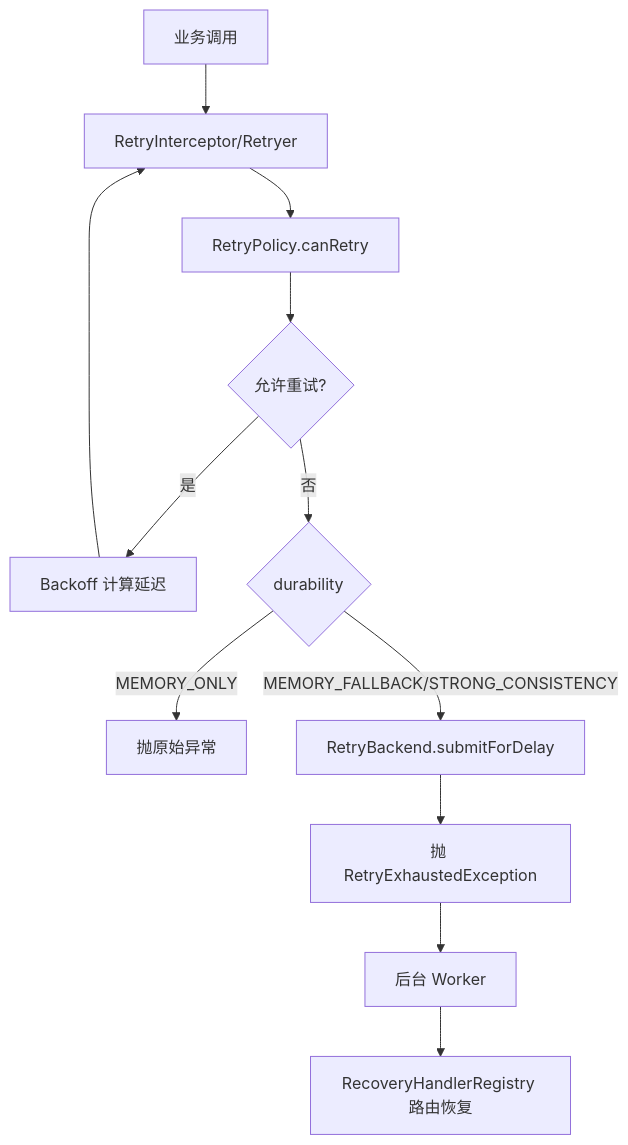
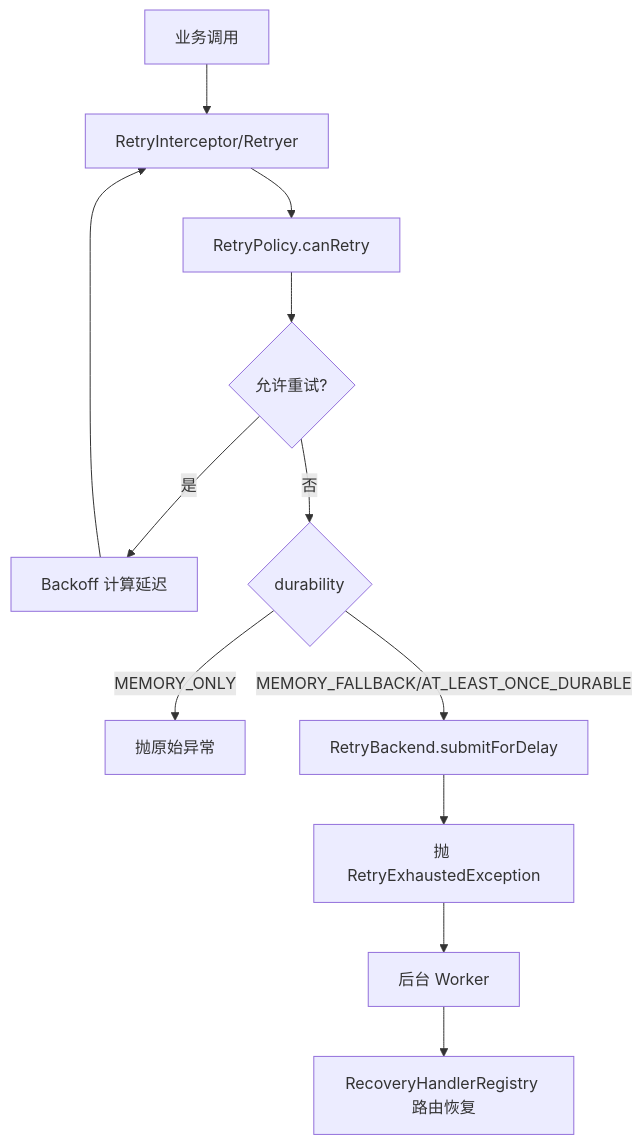
The diagram in team4u-retry/README.md (team4u/team4u-framework), drawn with Mermaid before and after one commit. The commit also changed other lines of this file and 11 other files, not shown here.

````diff
--- a/team4u-retry/README.md
+++ b/team4u-retry/README.md
@@ -303,14 +303,14 @@
 ```mermaid
 graph TD
     A[业务调用] --> B[RetryInterceptor/Retryer]
     B --> C[RetryPolicy.canRetry]
     C --> D{允许重试?}
     D -->|是| E[Backoff 计算延迟]
     E --> B
     D -->|否| F{durability}
     F -->|MEMORY_ONLY| G[抛原始异常]
-    F -->|MEMORY_FALLBACK/STRONG_CONSISTENCY| H[RetryBackend.submitForDelay]
+    F -->|MEMORY_FALLBACK/AT_LEAST_ONCE_DURABLE| H[RetryBackend.submitForDelay]
     H --> I[抛 RetryExhaustedException]
     I --> J[后台 Worker]
     J --> K[RecoveryHandlerRegistry 路由恢复]
 ```
````
